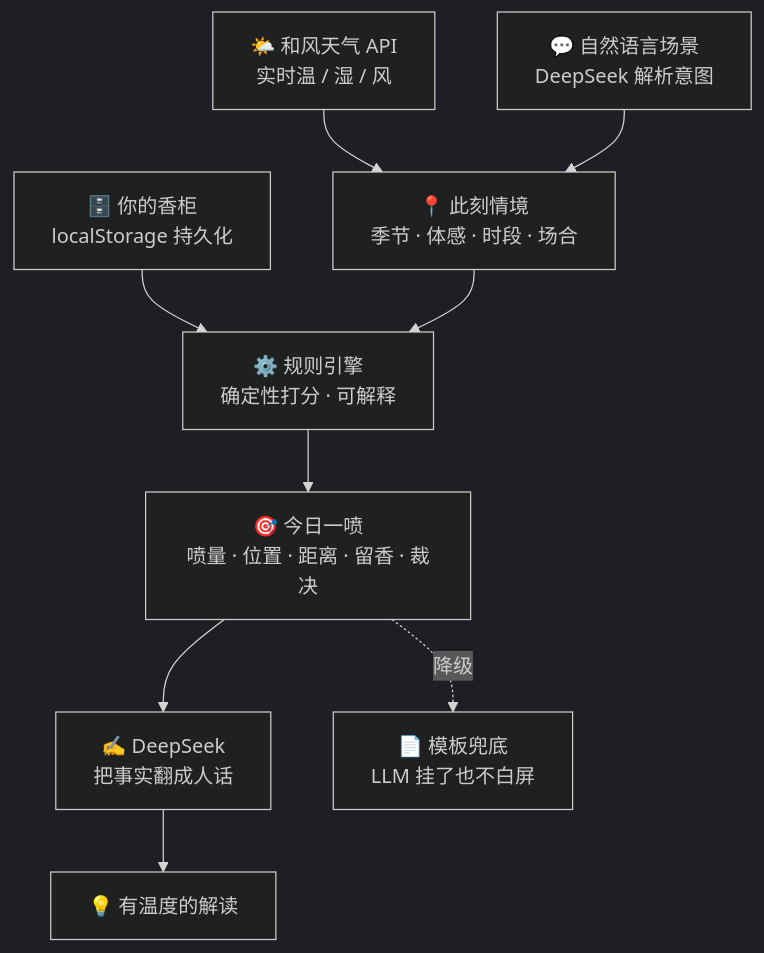
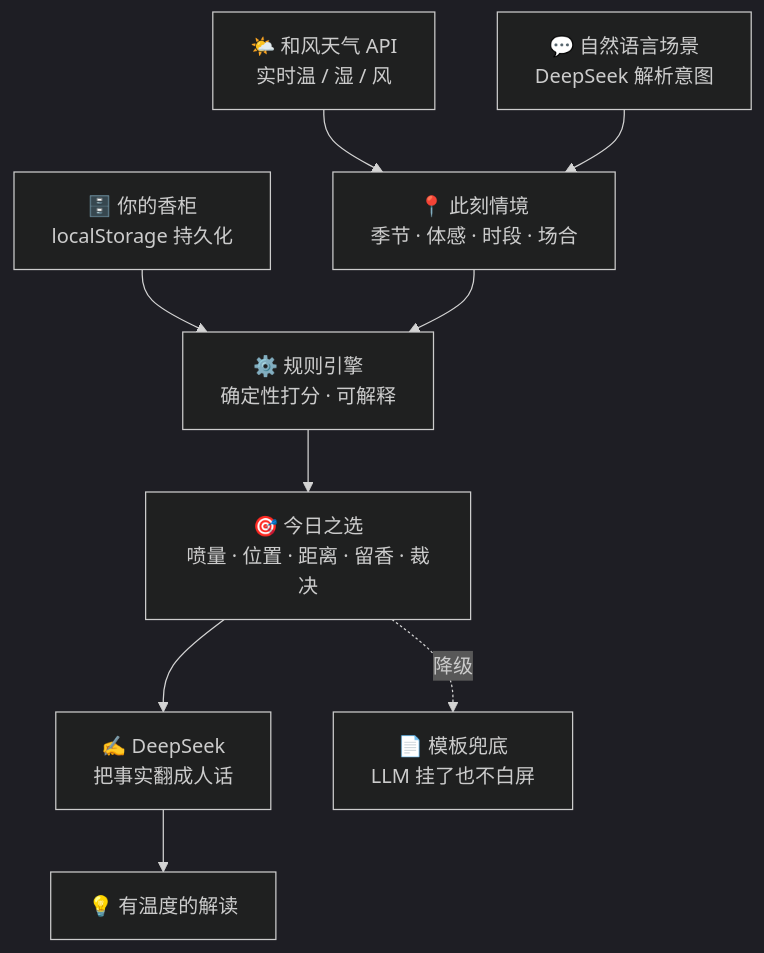
The diagram in README.md (MrBaoboer/FenCun), drawn with Mermaid (dark theme) before and after one commit. The commit also changed other lines of this file and 23 other files, not shown here.

First line of the commit message:
polish(ui): 统一全站文案、交互与橱窗截图

````diff
--- a/README.md
+++ b/README.md
@@ -84,20 +84,20 @@
 ```mermaid
 flowchart TD
     Lib["🗄️ 你的香柜<br/>localStorage 持久化"]
     Weather["🌤️ 和风天气 API<br/>实时温 / 湿 / 风"]
     Scene["💬 自然语言场景<br/>DeepSeek 解析意图"]
     Ctx["📍 此刻情境<br/>季节 · 体感 · 时段 · 场合"]
     Engine["⚙️ 规则引擎<br/>确定性打分 · 可解释"]
-    Pick["🎯 今日一喷<br/>喷量 · 位置 · 距离 · 留香 · 裁决"]
+    Pick["🎯 今日之选<br/>喷量 · 位置 · 距离 · 留香 · 裁决"]
     LLM["✍️ DeepSeek<br/>把事实翻成人话"]
     Out["💡 有温度的解读"]
     Tpl["📄 模板兜底<br/>LLM 挂了也不白屏"]
 
     Weather --> Ctx
     Scene --> Ctx
     Lib --> Engine
     Ctx --> Engine
     Engine --> Pick
     Pick --> LLM --> Out
     Pick -. 降级 .-> Tpl
 ```
````
